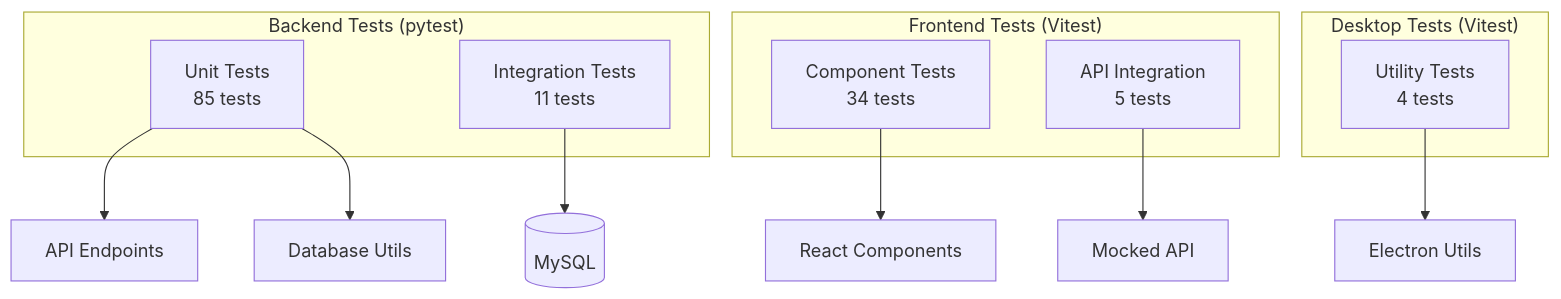
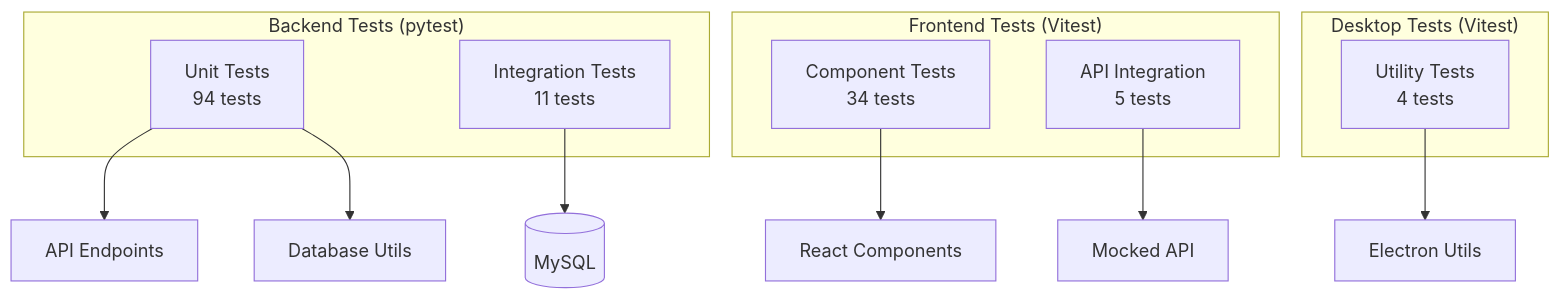
Diagram 14 of 14 in PROJECT_REPORT.md (HaochenFa/COMP2411_DBMS_CMMS_GroupProject), drawn with Mermaid before and after one commit. The commit also changed other lines of this file, not shown here.

````diff
--- a/PROJECT_REPORT.md
+++ b/PROJECT_REPORT.md
@@ -806,23 +848,23 @@
 ```mermaid
 flowchart TB
     subgraph Backend["Backend Tests (pytest)"]
-        BU[Unit Tests<br/>85 tests]
+        BU[Unit Tests<br/>94 tests]
         BI[Integration Tests<br/>11 tests]
     end
 
     subgraph Frontend["Frontend Tests (Vitest)"]
         FC[Component Tests<br/>34 tests]
         FI[API Integration<br/>5 tests]
     end
 
     subgraph Desktop["Desktop Tests (Vitest)"]
         DU[Utility Tests<br/>4 tests]
     end
 
     BU --> API[API Endpoints]
     BU --> DB[Database Utils]
     BI --> MySQL[(MySQL)]
     FC --> Components[React Components]
     FI --> MockAPI[Mocked API]
     DU --> Electron[Electron Utils]
 ```
````
